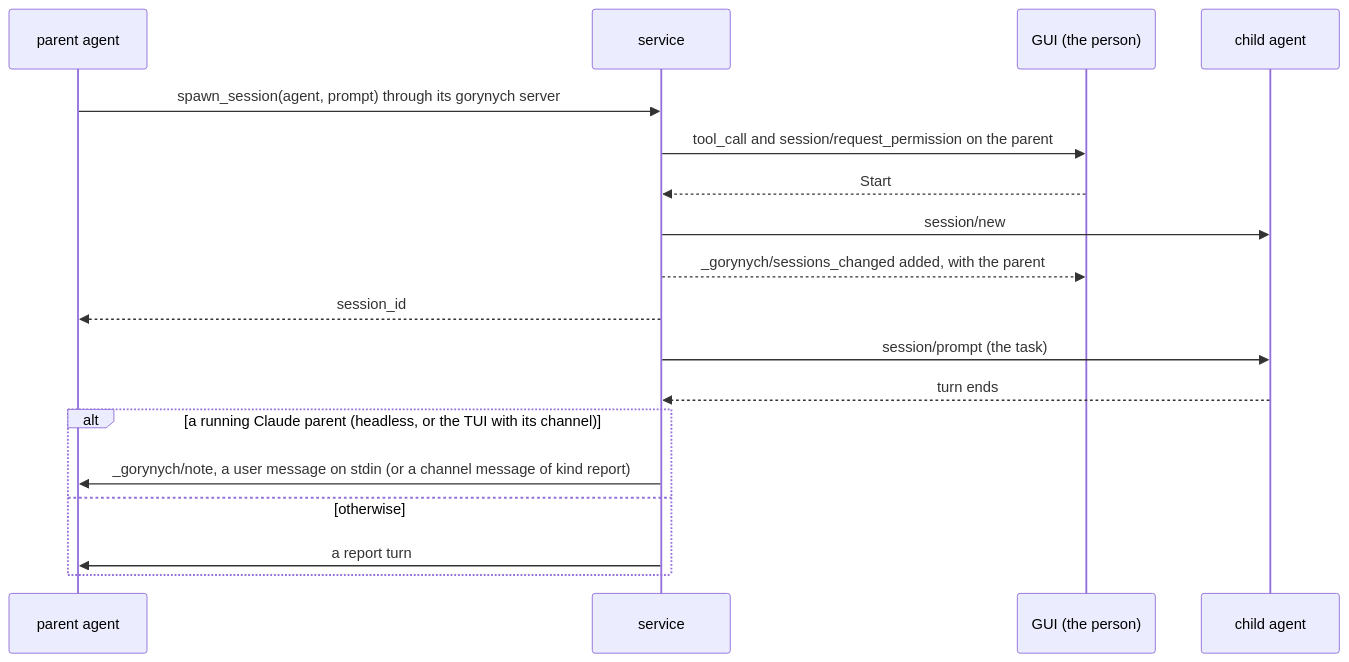
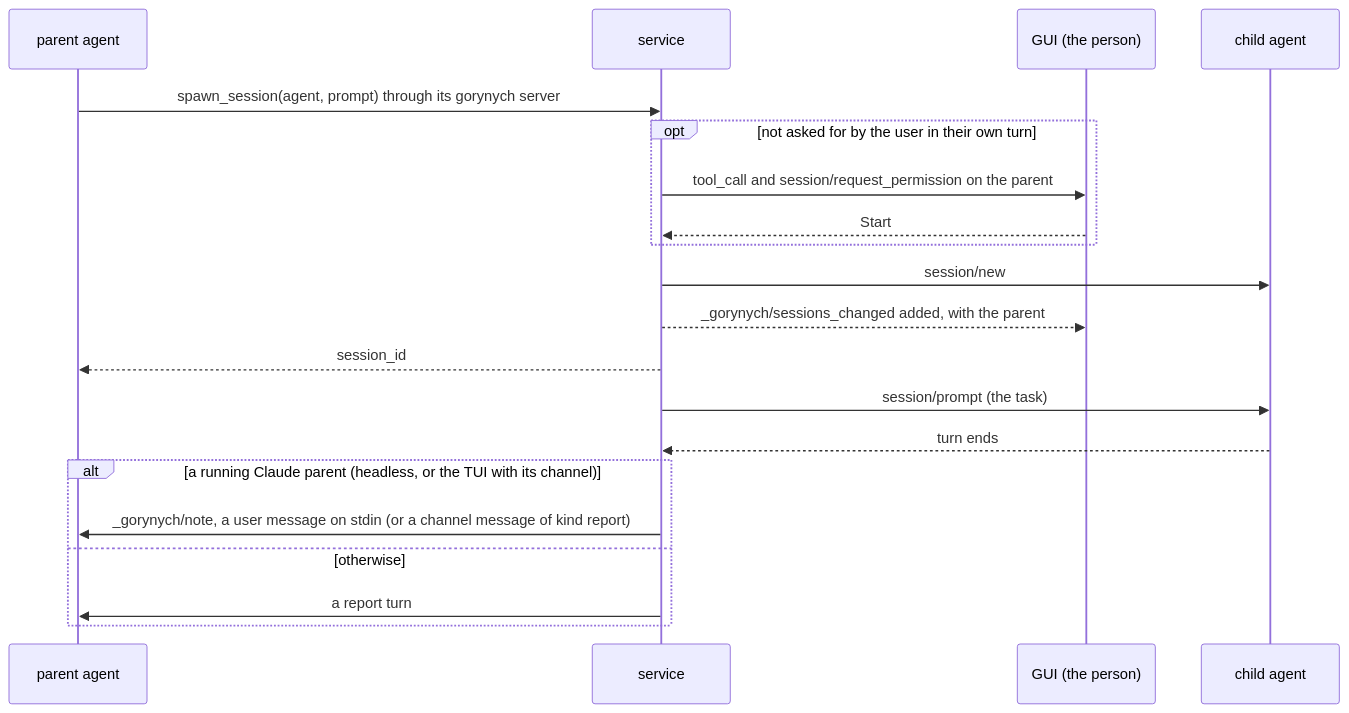
One commit to Phoenix-/gorynych changed the fourth of 5 diagrams in docs/design.md. Above: the diagram before and after it, drawn with Mermaid. The commit also changed other lines of this file and 12 other files, not shown here.

First line of the commit message:
spawn_session: no card when the user asked for it in their own turn

````diff
--- a/docs/design.md
+++ b/docs/design.md
@@ -316,20 +316,22 @@
 ```mermaid
 sequenceDiagram
   participant P as parent agent
   participant S as service
   participant G as GUI (the person)
   participant C as child agent
   P->>S: spawn_session(agent, prompt) through its gorynych server
-  S->>G: tool_call and session/request_permission on the parent
-  G-->>S: Start
+  opt not asked for by the user in their own turn
+    S->>G: tool_call and session/request_permission on the parent
+    G-->>S: Start
+  end
   S->>C: session/new
   S-->>G: _gorynych/sessions_changed added, with the parent
   S-->>P: session_id
   S->>C: session/prompt (the task)
   C-->>S: turn ends
   alt a running Claude parent (headless, or the TUI with its channel)
     S->>P: _gorynych/note, a user message on stdin (or a channel message of kind report)
   else otherwise
     S->>P: a report turn
   end
 ```
````
